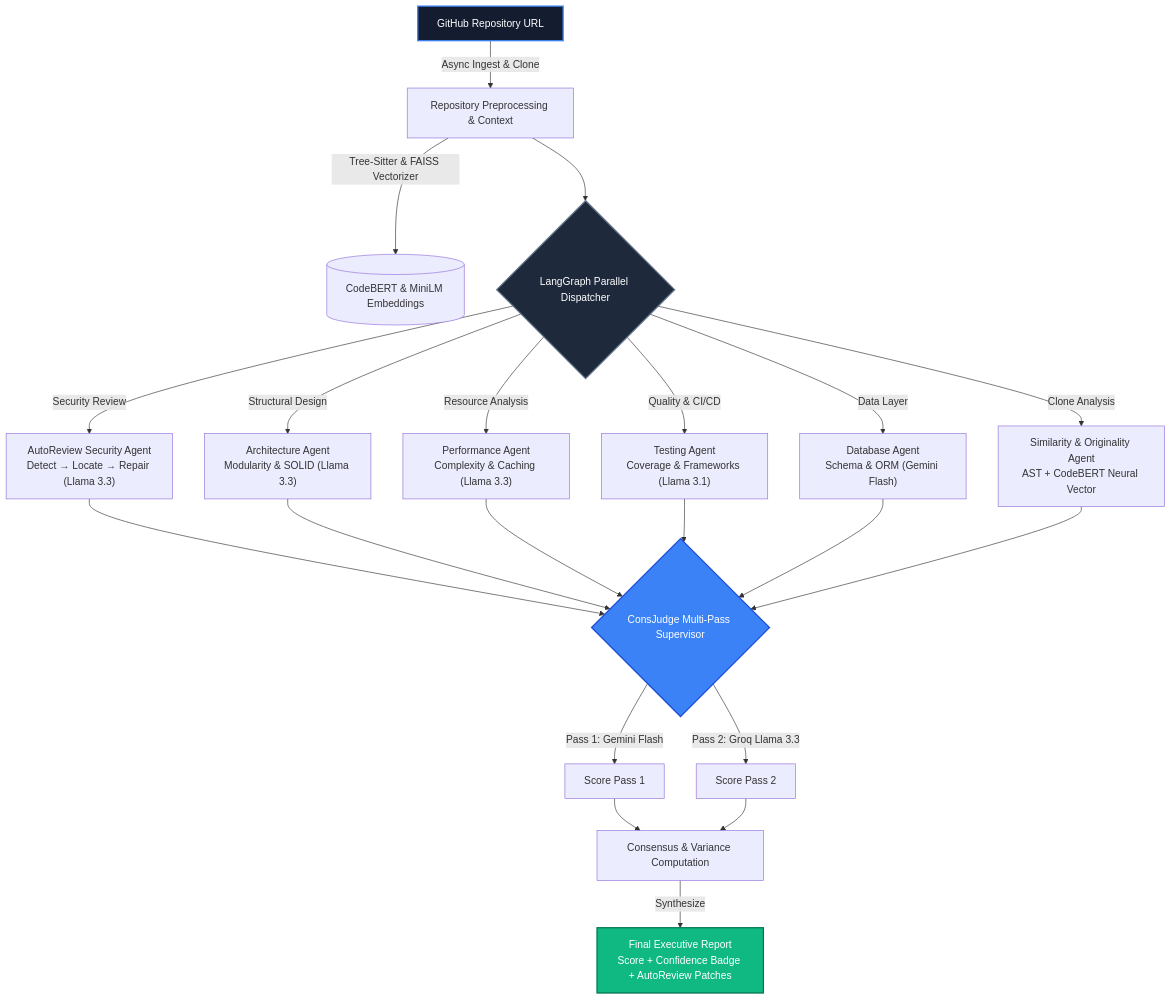
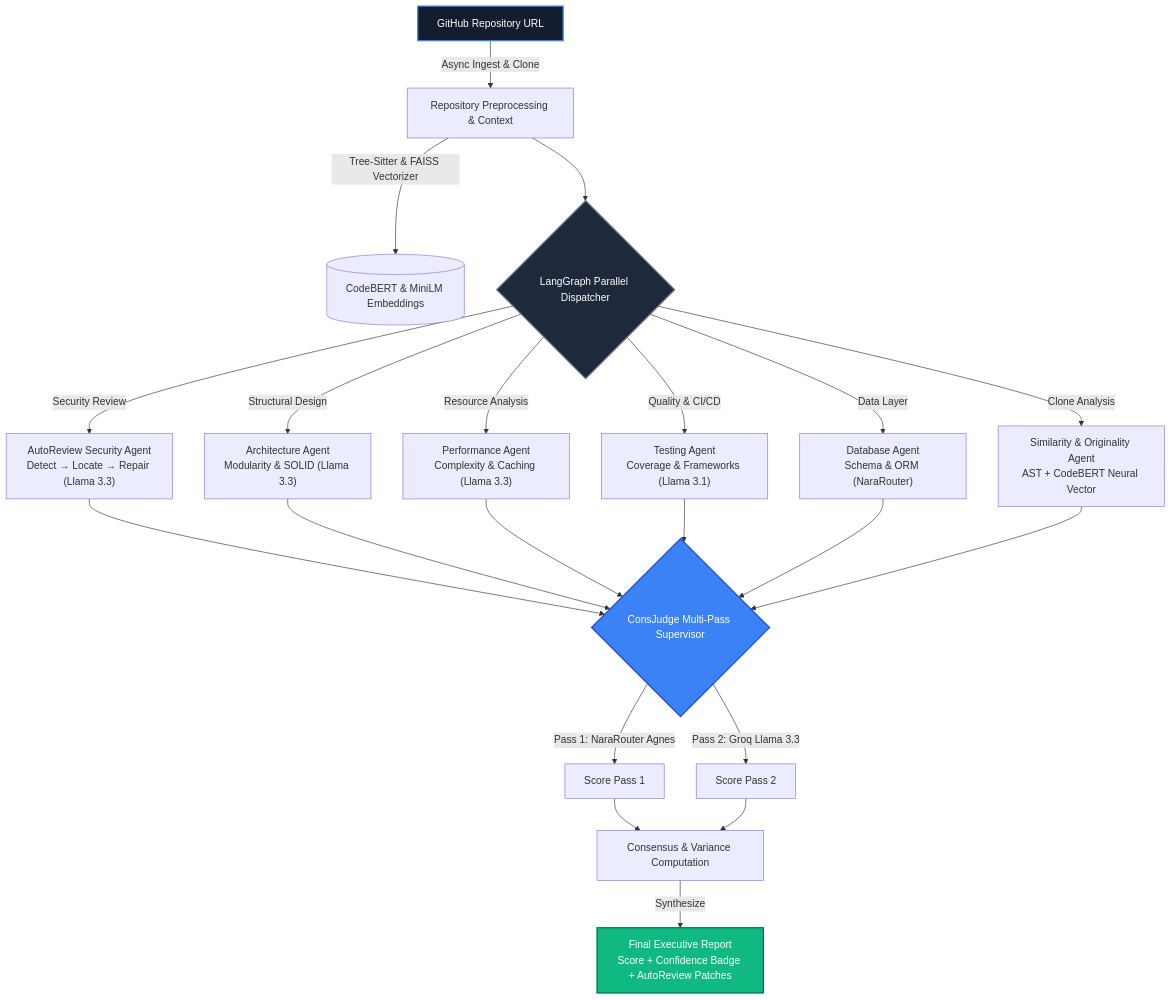
One commit to ibanmondal/CODE-BEAST-AI changed the diagram in README.md. Above: the diagram before and after it, drawn with Mermaid. The commit also changed other lines of this file and 30 other files, not shown here.

Commit message:
feat: enforce Groq and NaraRouter models exclusively, restore Celery distributed worker, fix frontend TypeScript build

````diff
--- a/README.md
+++ b/README.md
@@ -41,34 +41,34 @@
 ```mermaid
 graph TD
     A["GitHub Repository URL"] -->|Async Ingest & Clone| B["Repository Preprocessing & Context"]
     B -->|Tree-Sitter & FAISS Vectorizer| V[("CodeBERT & MiniLM Embeddings")]
     
     B --> C{"LangGraph Parallel Dispatcher"}
     
     C -->|Security Review| D["AutoReview Security Agent<br/>Detect → Locate → Repair (Llama 3.3)"]
     C -->|Structural Design| E["Architecture Agent<br/>Modularity & SOLID (Llama 3.3)"]
     C -->|Resource Analysis| F["Performance Agent<br/>Complexity & Caching (Llama 3.3)"]
     C -->|Quality & CI/CD| G["Testing Agent<br/>Coverage & Frameworks (Llama 3.1)"]
-    C -->|Data Layer| H["Database Agent<br/>Schema & ORM (Gemini Flash)"]
+    C -->|Data Layer| H["Database Agent<br/>Schema & ORM (NaraRouter)"]
     C -->|Clone Analysis| K["Similarity & Originality Agent<br/>AST + CodeBERT Neural Vector"]
     
     D --> I{"ConsJudge Multi-Pass Supervisor"}
     E --> I
     F --> I
     G --> I
     H --> I
     K --> I
     
-    I -->|Pass 1: Gemini Flash| P1["Score Pass 1"]
+    I -->|Pass 1: NaraRouter Agnes| P1["Score Pass 1"]
     I -->|Pass 2: Groq Llama 3.3| P2["Score Pass 2"]
     
     P1 --> CM["Consensus & Variance Computation"]
     P2 --> CM
     
     CM -->|Synthesize| J["Final Executive Report<br/>Score + Confidence Badge + AutoReview Patches"]
     
     style A fill:#141C2F,stroke:#3B82F6,stroke-width:2px,color:#fff
     style C fill:#1E293B,stroke:#64748B,stroke-width:2px,color:#fff
     style I fill:#3B82F6,stroke:#1D4ED8,stroke-width:2px,color:#fff
     style J fill:#10B981,stroke:#047857,stroke-width:2px,color:#fff
 ```
````
